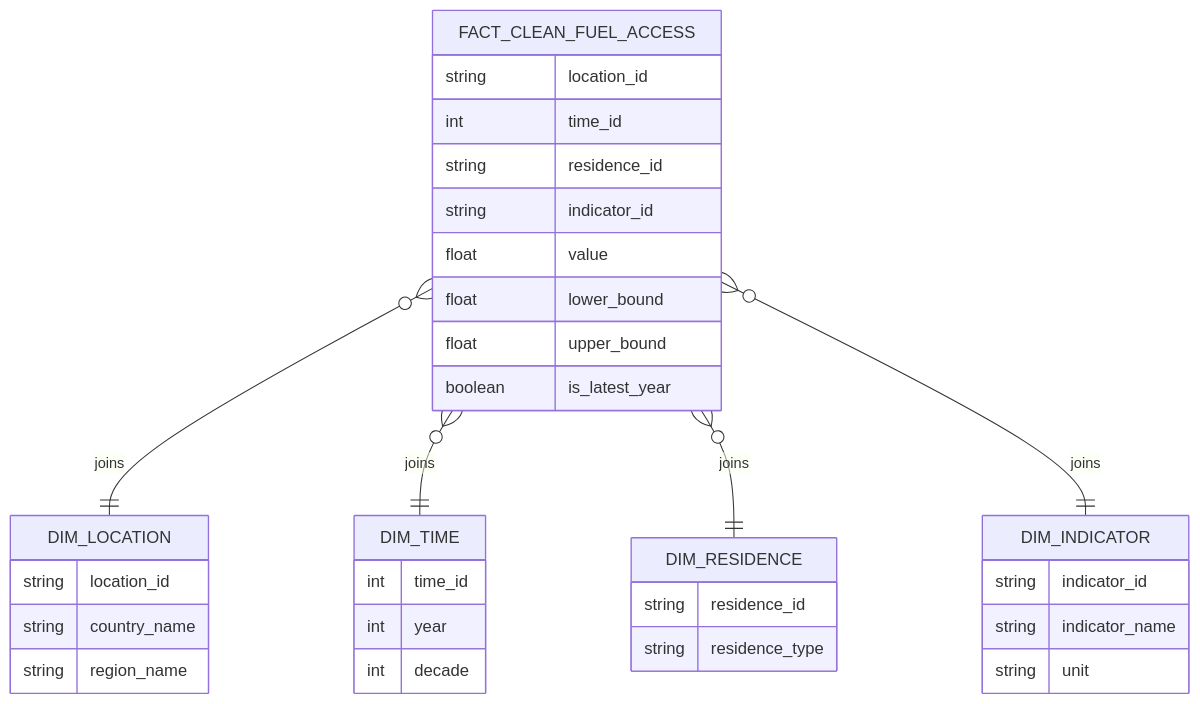
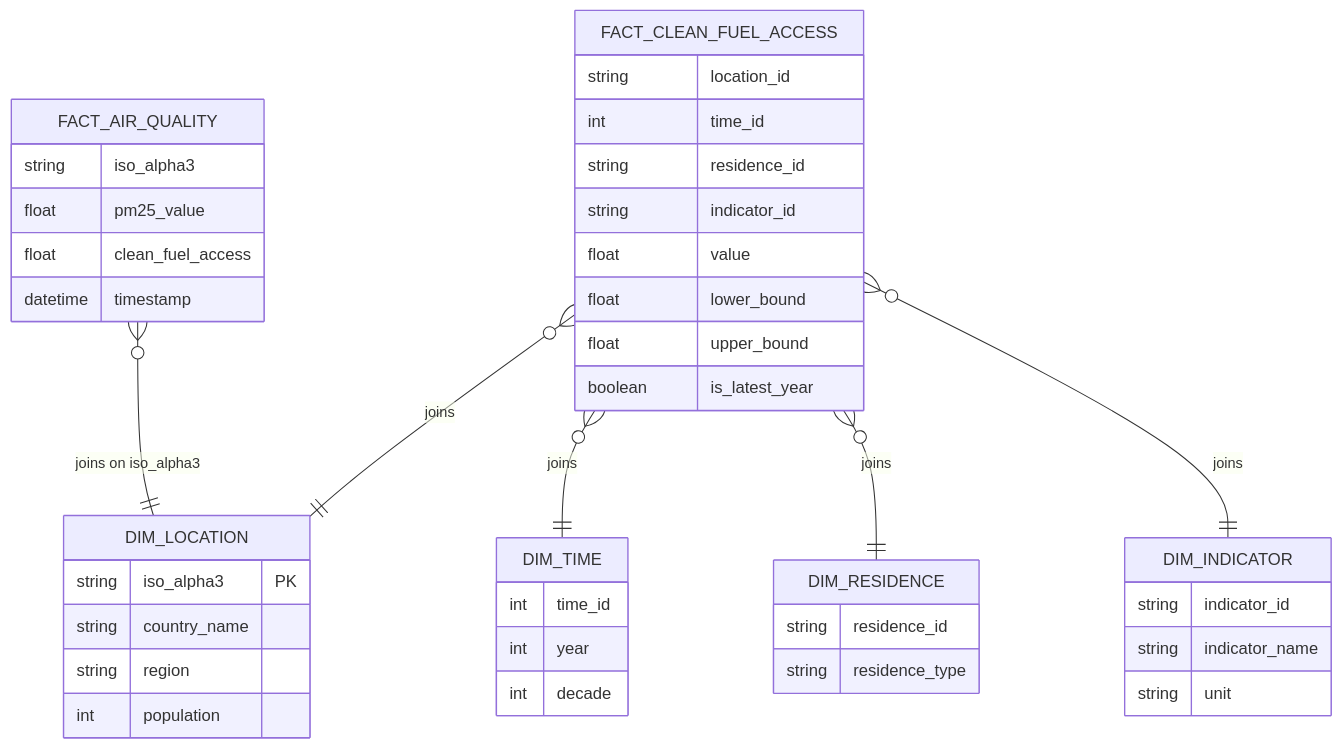
The first of 2 diagrams in README.md (juandavidmeza-prog/etl-project-first-delivery), drawn with Mermaid before and after one commit. The commit also changed other lines of this file, not shown here.

````diff
--- a/README.md
+++ b/README.md
@@ -29,41 +37,50 @@
 ```mermaid
 erDiagram
     FACT_CLEAN_FUEL_ACCESS {
         string location_id
         int time_id
         string residence_id
         string indicator_id
         float value
         float lower_bound
         float upper_bound
         boolean is_latest_year
     }
 
+    FACT_AIR_QUALITY {
+        string iso_alpha3
+        float pm25_value
+        float clean_fuel_access
+        datetime timestamp
+    }
+
     DIM_LOCATION {
-        string location_id
+        string iso_alpha3 PK
         string country_name
-        string region_name
+        string region
+        int population
     }
 
     DIM_TIME {
         int time_id
         int year
         int decade
     }
 
     DIM_RESIDENCE {
         string residence_id
         string residence_type
     }
 
     DIM_INDICATOR {
         string indicator_id
         string indicator_name
         string unit
     }
 
+    FACT_AIR_QUALITY }o--|| DIM_LOCATION : "joins on iso_alpha3"
     FACT_CLEAN_FUEL_ACCESS }o--|| DIM_LOCATION : joins
     FACT_CLEAN_FUEL_ACCESS }o--|| DIM_TIME : joins
     FACT_CLEAN_FUEL_ACCESS }o--|| DIM_RESIDENCE : joins
     FACT_CLEAN_FUEL_ACCESS }o--|| DIM_INDICATOR : joins
 ```
````
